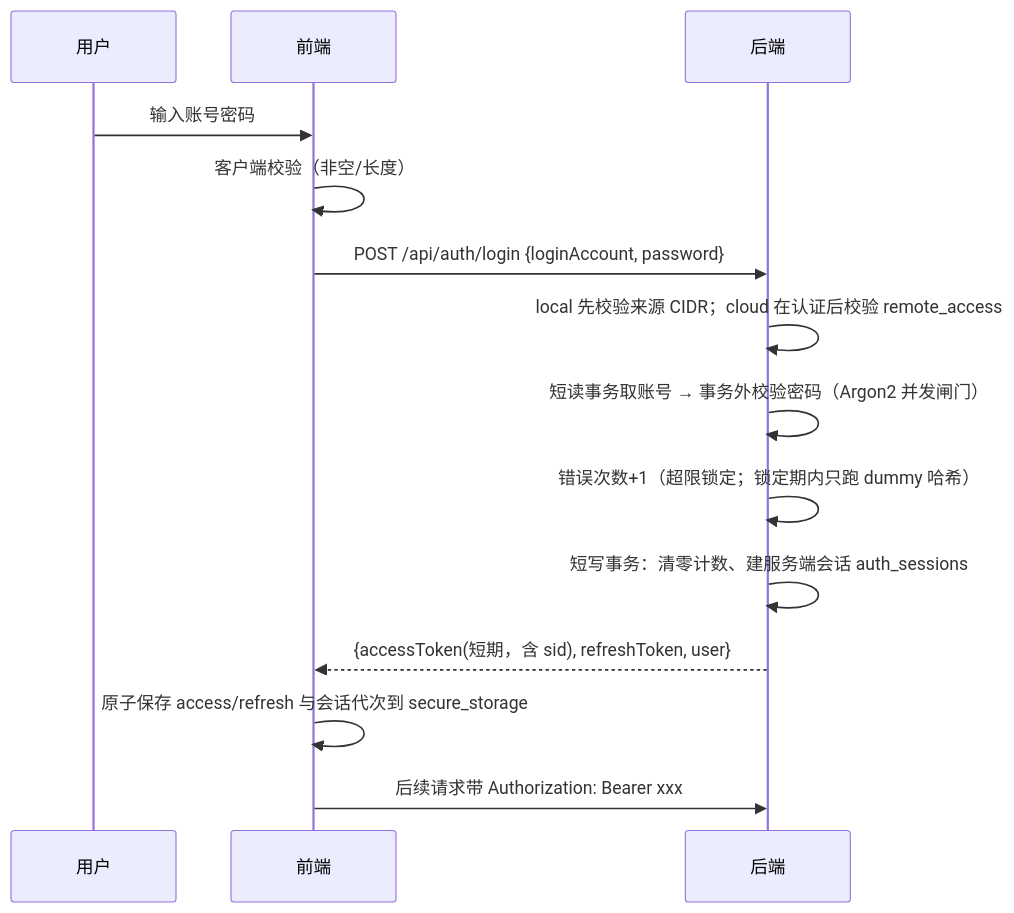
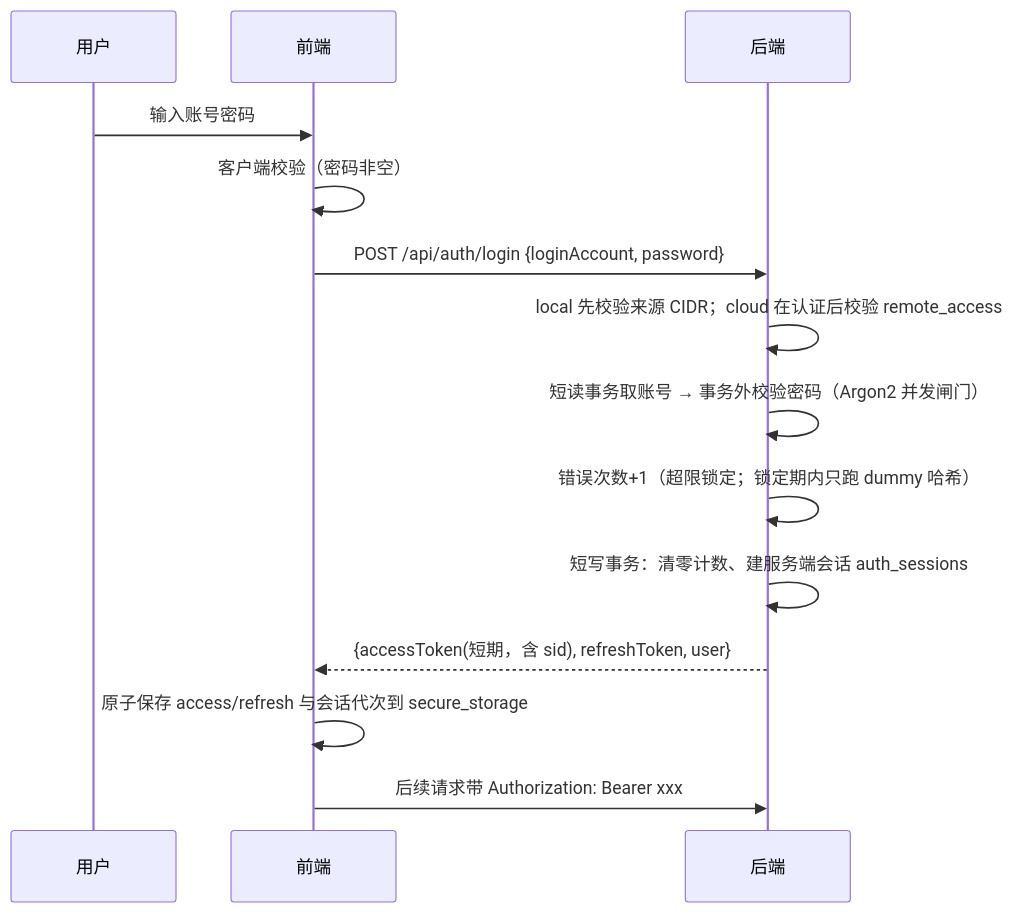
One commit to BruceChu0424/utenelec_imp changed the diagram in docs/05-架构/安全策略.md. Above: the diagram before and after it, drawn with Mermaid. The commit also changed other lines of this file and 727 other files, not shown here.

````diff
--- a/docs/05-架构/安全策略.md
+++ b/docs/05-架构/安全策略.md
@@ -40,17 +40,17 @@
 ```mermaid
 sequenceDiagram
     participant U as 用户
     participant F as 前端
     participant B as 后端
 
     U->>F: 输入账号密码
-    F->>F: 客户端校验（非空/长度）
+    F->>F: 客户端校验（密码非空）
     F->>B: POST /api/auth/login {loginAccount, password}
     B->>B: local 先校验来源 CIDR；cloud 在认证后校验 remote_access
     B->>B: 短读事务取账号 → 事务外校验密码（Argon2 并发闸门）
     B->>B: 错误次数+1（超限锁定；锁定期内只跑 dummy 哈希）
     B->>B: 短写事务：清零计数、建服务端会话 auth_sessions
     B-->>F: {accessToken(短期，含 sid), refreshToken, user}
     F->>F: 原子保存 access/refresh 与会话代次到 secure_storage
     F->>B: 后续请求带 Authorization: Bearer xxx
 ```
````
